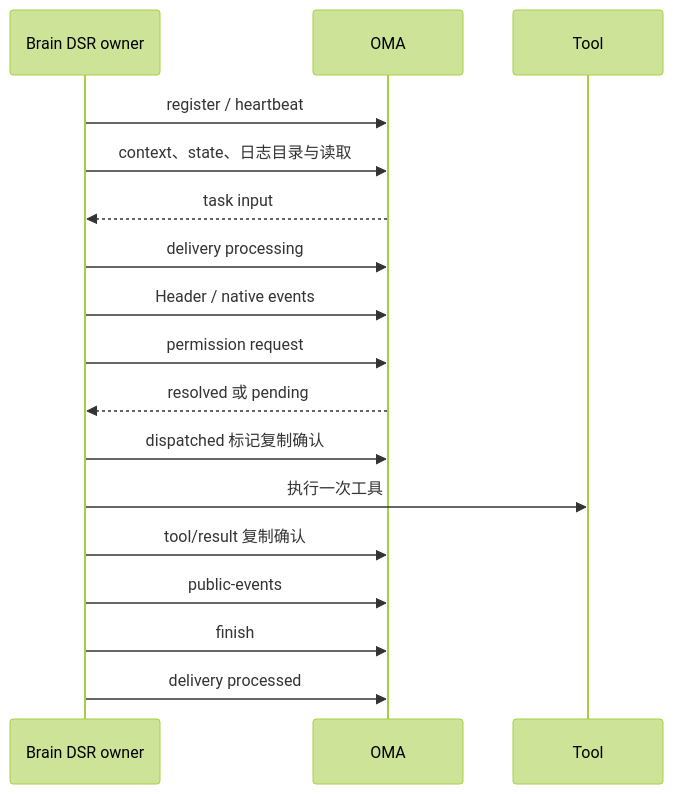
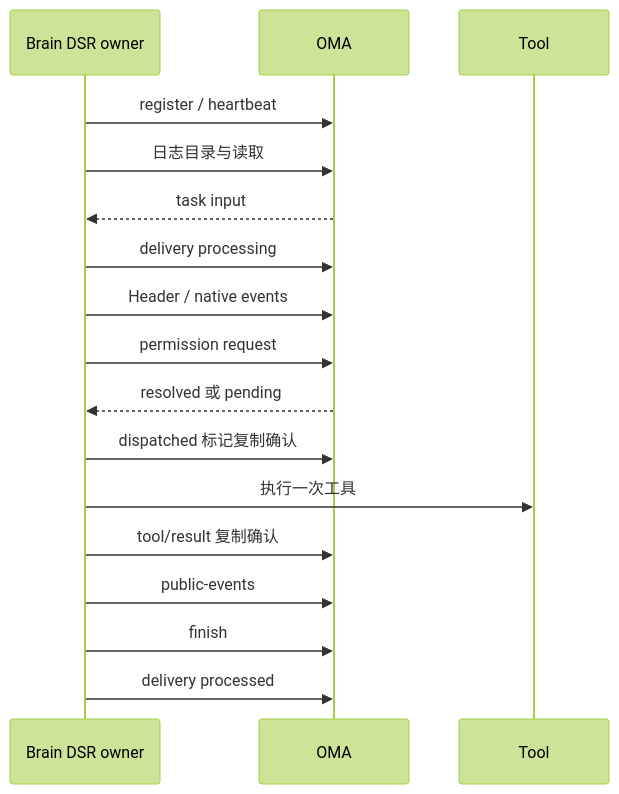
One commit to superduck-ai/open-managed-agents changed the diagram in docs/design/be/dsrv1/implementation.md. Above: the diagram before and after it, drawn with Mermaid (forest theme). The commit also changed other lines of this file and 62 other files, not shown here.

````diff
--- a/docs/design/be/dsrv1/implementation.md
+++ b/docs/design/be/dsrv1/implementation.md
@@ -32,19 +30,19 @@
 ```mermaid
 sequenceDiagram
     participant B as Brain DSR owner
     participant O as OMA
     participant T as Tool
     B->>O: register / heartbeat
-    B->>O: context、state、日志目录与读取
+    B->>O: 日志目录与读取
     O-->>B: task input
     B->>O: delivery processing
     B->>O: Header / native events
     B->>O: permission request
     O-->>B: resolved 或 pending
     B->>O: dispatched 标记复制确认
     B->>T: 执行一次工具
     B->>O: tool/result 复制确认
     B->>O: public-events
     B->>O: finish
     B->>O: delivery processed
 ```
````
